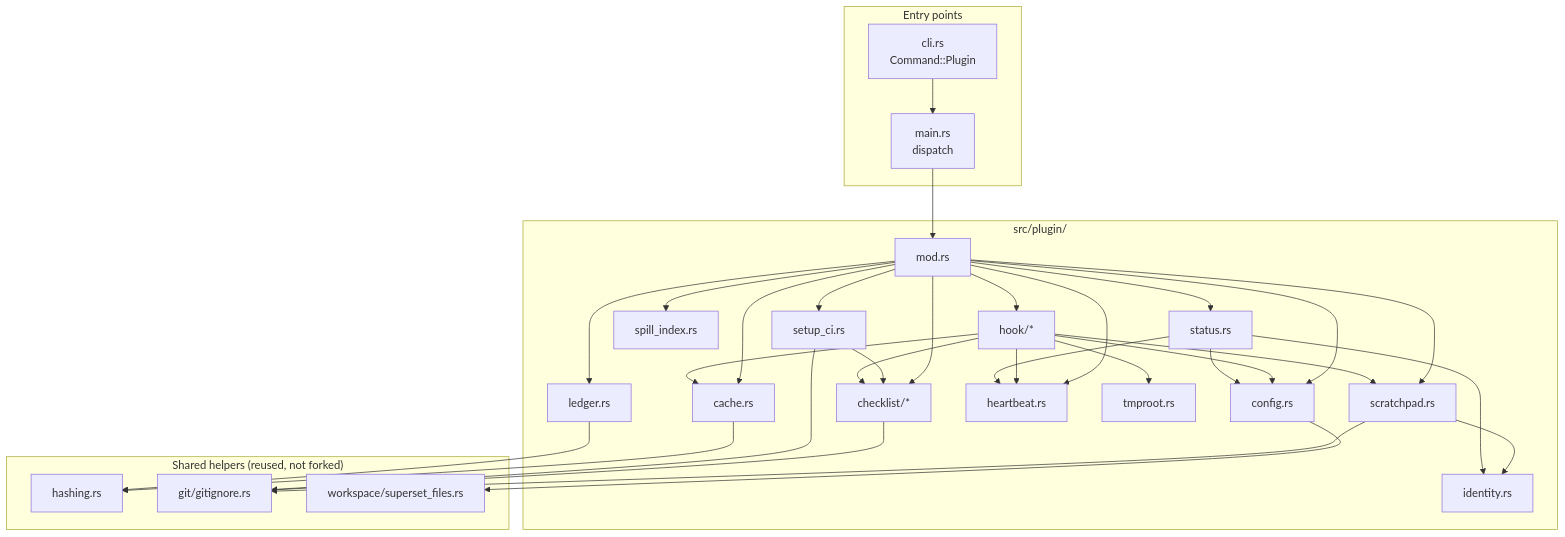
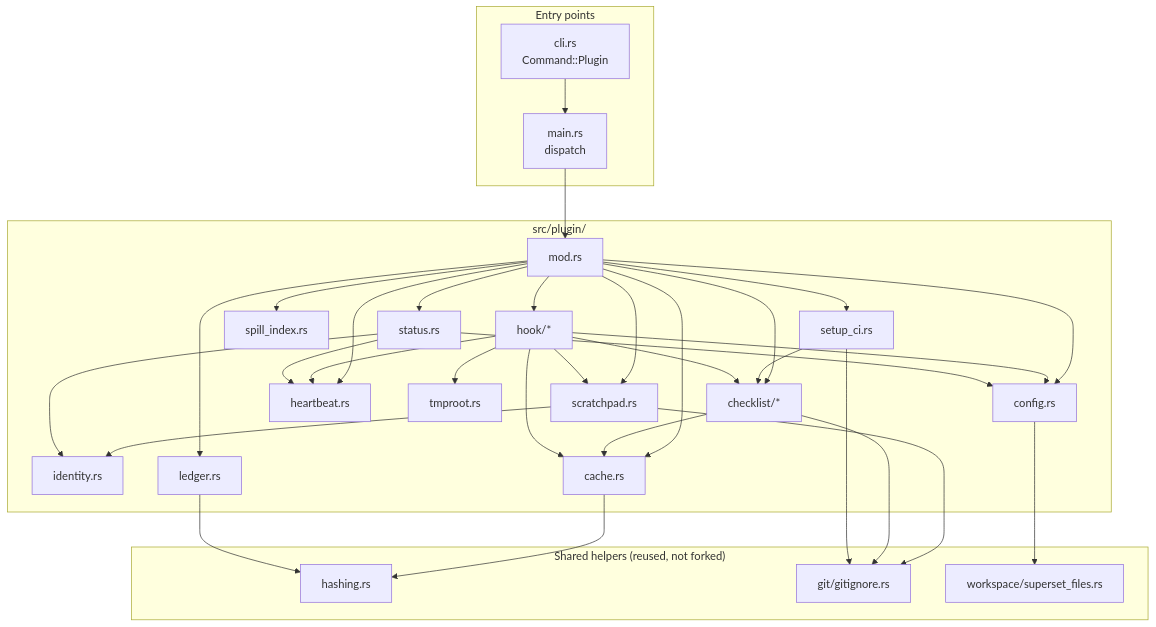
One commit to ViktorStiskala/superset-magic changed the diagram in docs/plans/2026-08-29-001-ss-magic-plugin/architecture.md. Above: the diagram before and after it, drawn with Mermaid. The commit also changed other lines of this file and 31 other files, not shown here.

````diff
--- a/docs/plans/2026-08-29-001-ss-magic-plugin/architecture.md
+++ b/docs/plans/2026-08-29-001-ss-magic-plugin/architecture.md
@@ -90,37 +90,37 @@
 ```mermaid
 graph TD
   subgraph entry["Entry points"]
     CLI["cli.rs<br/>Command::Plugin"]
     MAIN["main.rs<br/>dispatch"]
   end
   subgraph plug["src/plugin/"]
     MOD["mod.rs"]
     CFG["config.rs"]
     ID["identity.rs"]
     SCR["scratchpad.rs"]
     CACHE["cache.rs"]
     LEDG["ledger.rs"]
     HB["heartbeat.rs"]
     STATUS["status.rs"]
     SPILL["spill_index.rs"]
     TMP["tmproot.rs"]
     CHK["checklist/*"]
     SETUP["setup_ci.rs"]
     HOOK["hook/*"]
   end
   subgraph shared["Shared helpers (reused, not forked)"]
     HASH["hashing.rs"]
     GI["git/gitignore.rs"]
     SF["workspace/superset_files.rs"]
   end
   CLI --> MAIN --> MOD
   MOD --> CFG & SCR & CACHE & LEDG & HB & STATUS & SPILL & CHK & SETUP & HOOK
   SCR --> ID & GI
   CACHE --> HASH
-  CHK --> GI
+  CHK --> GI & CACHE
   SETUP --> CHK & GI
   HOOK --> CACHE & SCR & CFG & HB & CHK & TMP
   STATUS --> ID & HB & CFG
   CFG --> SF
   LEDG --> HASH
 ```
````
